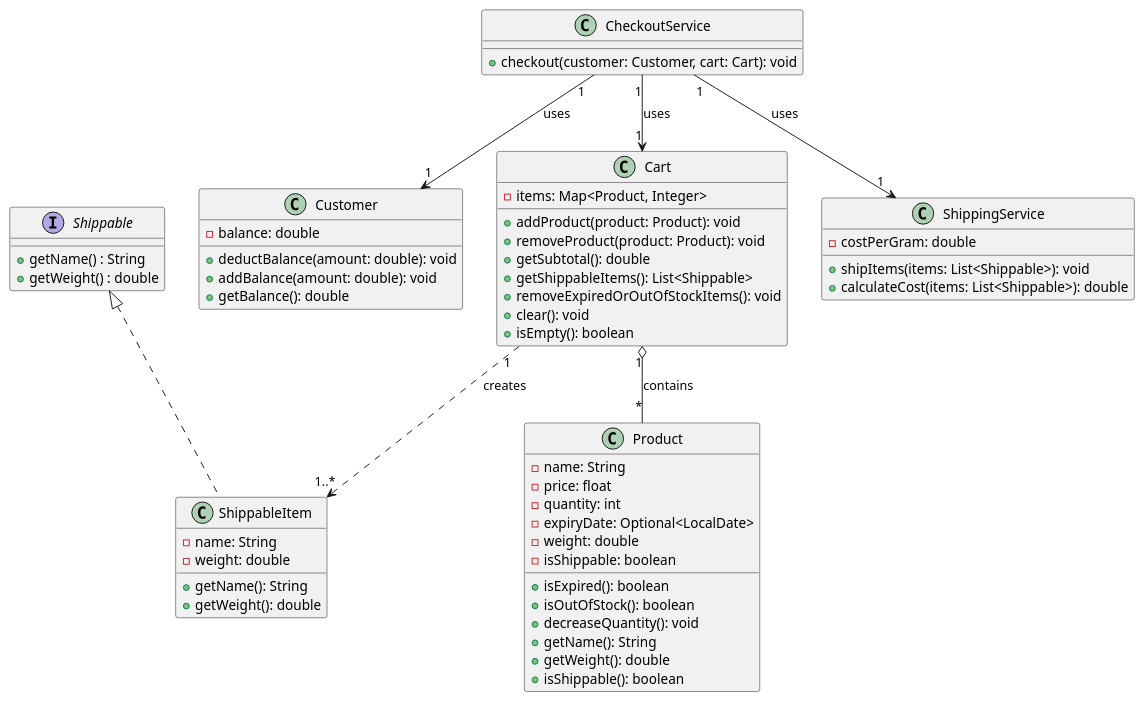
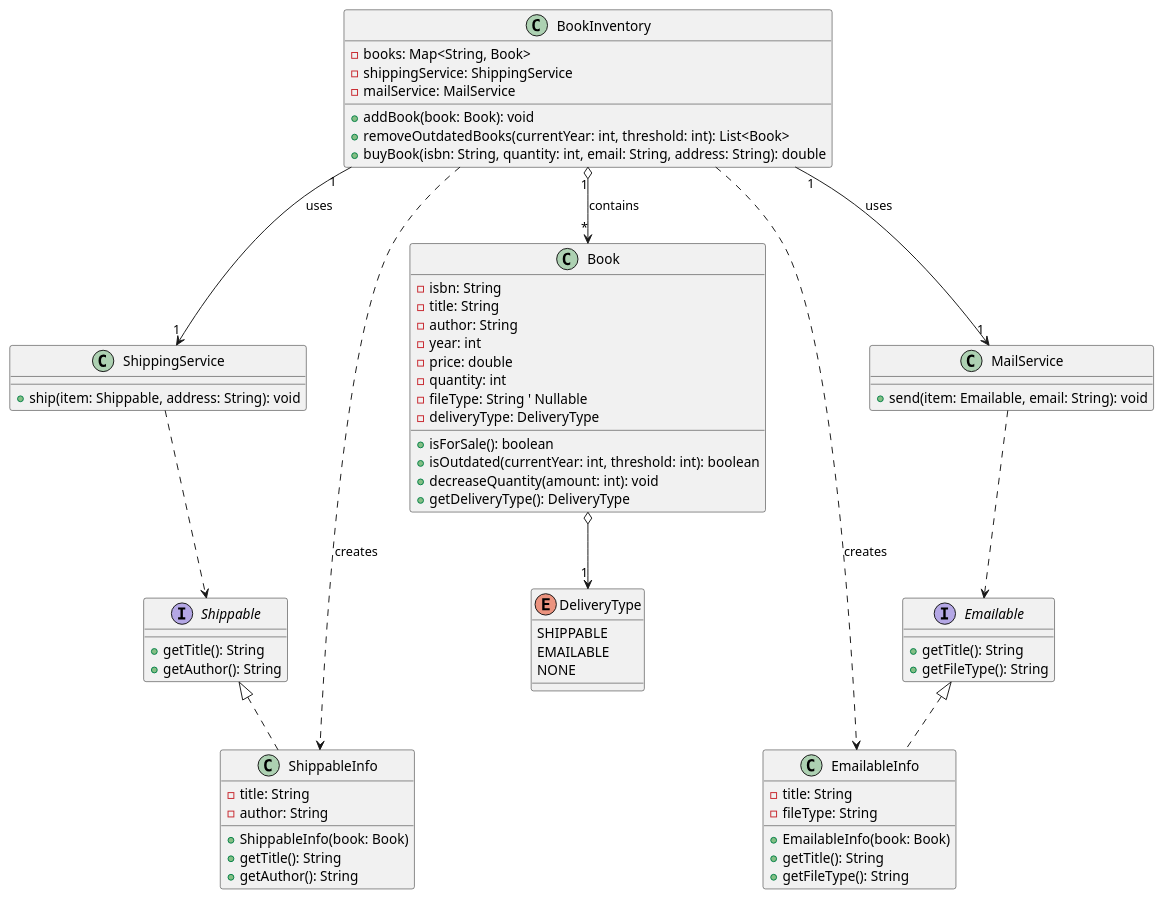
The diagram in Diagrams/class_diagram.puml (malak-elbanna/Fawry_Challenge), drawn with PlantUML before and after one commit. The commit also changed 1 other file, not shown here.

Commit message:
class diagram

```diff
--- a/Diagrams/class_diagram.puml
+++ b/Diagrams/class_diagram.puml
@@ -1,66 +1,79 @@
 @startuml
 
 interface Shippable {
-    +getName() : String
-    +getWeight() : double
+    + getTitle(): String
+    + getAuthor(): String
 }
 
-class Product {
-    - name: String
-    - price: float
-    - quantity: int
-    - expiryDate: Optional<LocalDate>
-    - weight: double
-    - isShippable: boolean
-    + isExpired(): boolean
-    + isOutOfStock(): boolean
-    + decreaseQuantity(): void
-    + getName(): String
-    + getWeight(): double
-    + isShippable(): boolean
+interface Emailable {
+    + getTitle(): String
+    + getFileType(): String
 }
 
-class ShippableItem {
-    - name: String
-    - weight: double
-    + getName(): String
-    + getWeight(): double
+class ShippableInfo implements Shippable {
+    - title: String
+    - author: String
+    + ShippableInfo(book: Book)
+    + getTitle(): String
+    + getAuthor(): String
 }
 
-ShippableItem .up.|> Shippable
-
-class Customer {
-    - balance: double
-    + deductBalance(amount: double): void
-    + addBalance(amount: double): void
-    + getBalance(): double
+class EmailableInfo implements Emailable {
+    - title: String
+    - fileType: String
+    + EmailableInfo(book: Book)
+    + getTitle(): String
+    + getFileType(): String
 }
 
-class Cart {
-    - items: Map<Product, Integer>
-    + addProduct(product: Product): void
-    + removeProduct(product: Product): void
-    + getSubtotal(): double
-    + getShippableItems(): List<Shippable>
-    + removeExpiredOrOutOfStockItems(): void
-    + clear(): void
-    + isEmpty(): boolean
+enum DeliveryType {
+    SHIPPABLE
+    EMAILABLE
+    NONE
 }
 
-class CheckoutService {
-    + checkout(customer: Customer, cart: Cart): void
+class Book {
+    - isbn: String
+    - title: String
+    - author: String
+    - year: int
+    - price: double
+    - quantity: int
+    - fileType: String ' Nullable
+    - deliveryType: DeliveryType
+    + isForSale(): boolean
+    + isOutdated(currentYear: int, threshold: int): boolean
+    + decreaseQuantity(amount: int): void
+    + getDeliveryType(): DeliveryType
 }
 
 class ShippingService {
-    - costPerGram: double
-    + shipItems(items: List<Shippable>): void
-    + calculateCost(items: List<Shippable>): double
+    + ship(item: Shippable, address: String): void
 }
 
-CheckoutService "1" --> "1" Customer : uses
-CheckoutService "1" --> "1" Cart : uses
-CheckoutService "1" --> "1" ShippingService : uses
-Cart "1" o-- "*" Product : contains
-Cart "1" ..> "1..*" ShippableItem : creates
+class MailService {
+    + send(item: Emailable, email: String): void
+}
+
+class BookInventory {
+    - books: Map<String, Book>
+    - shippingService: ShippingService
+    - mailService: MailService
+    + addBook(book: Book): void
+    + removeOutdatedBooks(currentYear: int, threshold: int): List<Book>
+    + buyBook(isbn: String, quantity: int, email: String, address: String): double
+}
+
+Book o--> "1" DeliveryType
+
+BookInventory "1" o--> "*" Book : contains
+BookInventory "1" --> "1" ShippingService : uses
+BookInventory "1" --> "1" MailService : uses
+
+BookInventory ..> ShippableInfo : creates
+BookInventory ..> EmailableInfo : creates
+
+ShippingService ..> Shippable
+MailService ..> Emailable
 
 @enduml
```
